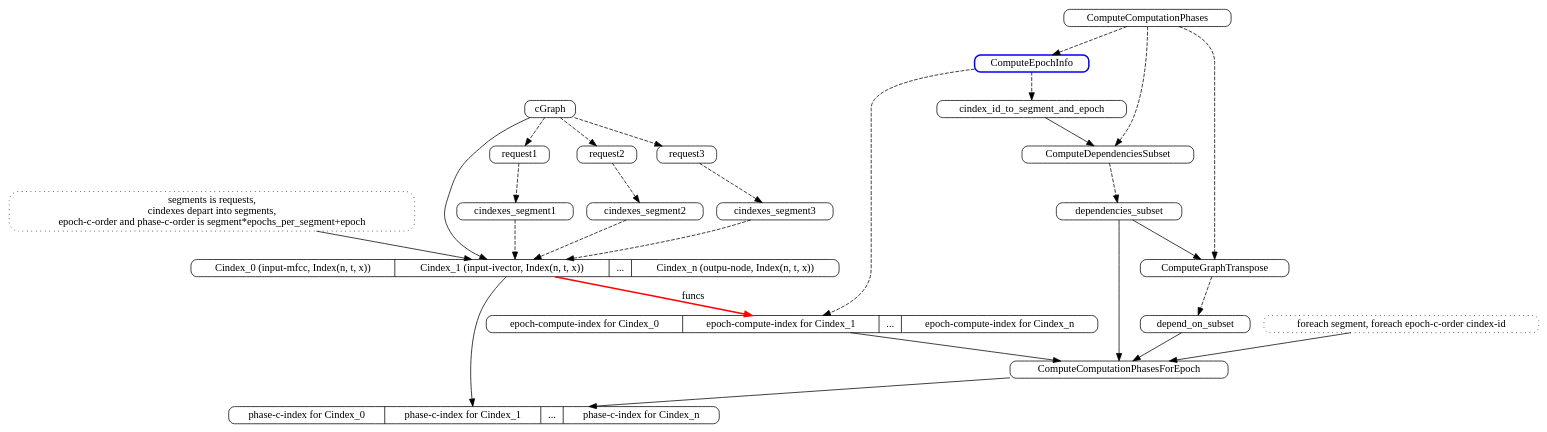
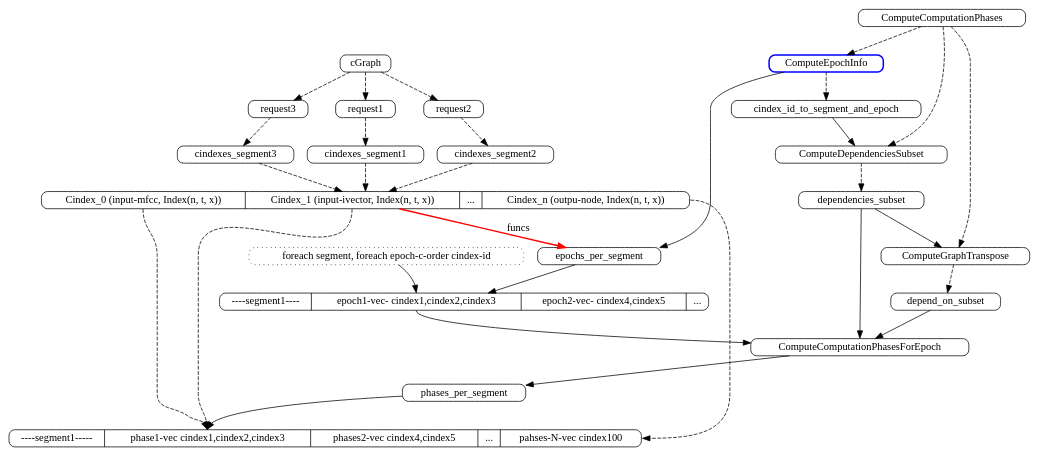
One commit to Nisoka/kaldi-orgs changed the diagram in others/dot-graph/CreateComputation-part2-phases.dot. Above: the diagram before and after it, drawn with Graphviz. The commit also changed 10 other files, not shown here.

```diff
--- a/others/dot-graph/CreateComputation-part2-phases.dot
+++ b/others/dot-graph/CreateComputation-part2-phases.dot
@@ -1,65 +1,72 @@
 digraph ComputePhases{
         rankdir=LR
         rankdir=TB        
         node[shape=Mrecord, width=.1, height=.1]
 
         subgraph computePhaseFunc{
                 edge[style=dashed]
                 edge[style=dotted]
                 edge[style=filled]
                 edge[style=dashed]
 
                 ComputeEpochInfo[color=blue, style=bold]
                 ComputeComputationPhases -> ComputeEpochInfo
                 
                 ComputeComputationPhases -> ComputeDependenciesSubset
                 ComputeComputationPhases -> ComputeGraphTranspose
         }
 
-        ComputeEpochInfo -> epoch[style=dashed]
         ComputeEpochInfo -> cindex_id_to_segment_and_epoch[style=dashed]
+        ComputeEpochInfo -> epochs_per_segment
+        epochs_per_segment -> epp_detail
+        epp_detail[label="----segment1---- | <first>epoch1-vec- cindex1,cindex2,cindex3 | epoch2-vec- cindex4,cindex5|..."]
+      
 
+      
+        cindex_id_to_segment_and_epoch -> ComputeDependenciesSubset
+        ComputeDependenciesSubset -> dependencies_subset[style=dashed]
         
+        dependencies_subset -> ComputeGraphTranspose
+        ComputeGraphTranspose -> depend_on_subset[style=dashed]
+
+
+        dependencies_subset -> ComputeComputationPhasesForEpoch
+        depend_on_subset ->    ComputeComputationPhasesForEpoch
+        epp_detail:first ->    ComputeComputationPhasesForEpoch
+
+        ComputeComputationPhasesForEpoch -> phases_per_segment
+        phases_per_segment -> pps_detail:first
+        pps_detail[label="----segment1----- | <first> phase1-vec cindex1,cindex2,cindex3 | phases2-vec cindex4,cindex5 |...|<last> pahses-N-vec cindex100"]
+        
+
+        phase_comment[style=dotted, label="foreach segment, foreach epoch-c-order cindex-id"]
+        phase_comment -> epp_detail:first
 
 
 
-        cindex_id_to_segment_and_epoch -> ComputeDependenciesSubset
-        ComputeDependenciesSubset -> dependencies_subset[style=dashed]        
-        dependencies_subset -> ComputeGraphTranspose
-        ComputeGraphTranspose -> depend_on_subset[style=dashed]        
-        dependencies_subset -> ComputeComputationPhasesForEpoch
-        depend_on_subset -> ComputeComputationPhasesForEpoch
-        epoch -> ComputeComputationPhasesForEpoch
-
-
-        phase_comment[style=dotted, label="foreach segment, foreach epoch-c-order cindex-id"]
-        phase_comment -> ComputeComputationPhasesForEpoch
-        ComputeComputationPhasesForEpoch -> phase
-
-
-
-        segment_comment[style=dotted, label="segments is requests,\n cindexes depart into segments,\n epoch-c-order and phase-c-order is segment*epochs_per_segment+epoch"]
-        segment_comment -> cindexes
 
 
         cGraph -> request1[style=dashed]
         cGraph -> request2[style=dashed]
         cGraph -> request3[style=dashed]
-        cGraph -> cindexes
 
         request1 -> cindexes_segment1[style=dashed]
         request2 -> cindexes_segment2[style=dashed]
         request3 -> cindexes_segment3[style=dashed]
 
         cindexes_segment1 -> cindexes[style=dashed]
         cindexes_segment2 -> cindexes[style=dashed]
         cindexes_segment3 -> cindexes[style=dashed]
 
-        cindexes[label="Cindex_0 (input-mfcc, Index(n, t, x)) | Cindex_1 (input-ivector, Index(n, t, x)) | ... |Cindex_n (outpu-node, Index(n, t, x))"]
+        cindexes[label="<if> Cindex_0 (input-mfcc, Index(n, t, x)) | <ii> Cindex_1 (input-ivector, Index(n, t, x)) | ... |<on>Cindex_n (outpu-node, Index(n, t, x))"]
 
-        cindexes -> epoch[label="funcs", color=red, style=bold]
-        epoch[label="epoch-compute-index for Cindex_0 | epoch-compute-index for Cindex_1 | ... | epoch-compute-index for Cindex_n"]
-        cindexes -> phase
-        phase[label="phase-c-index for Cindex_0 | phase-c-index for Cindex_1 | ... | phase-c-index for Cindex_n"]
-       
+        cindexes -> epochs_per_segment[label="funcs", color=red, style=bold]
+
+        cindexes:if -> pps_detail:first[style=dashed]
+        cindexes:ii -> pps_detail:first[style=dashed]
+        cindexes:on -> pps_detail:last[style=dashed]
+
+
+        // segment_comment[style=dotted, label="segments is requests,\n cindexes depart into segments,\n epoch-c-order and phase-c-order\n is segment*epochs_per_segment+epoch"]
+        // phase[label="phase-c-index for Cindex_0 | phase-c-index for Cindex_1 | ... | phase-c-index for Cindex_n"] 
 }
```
